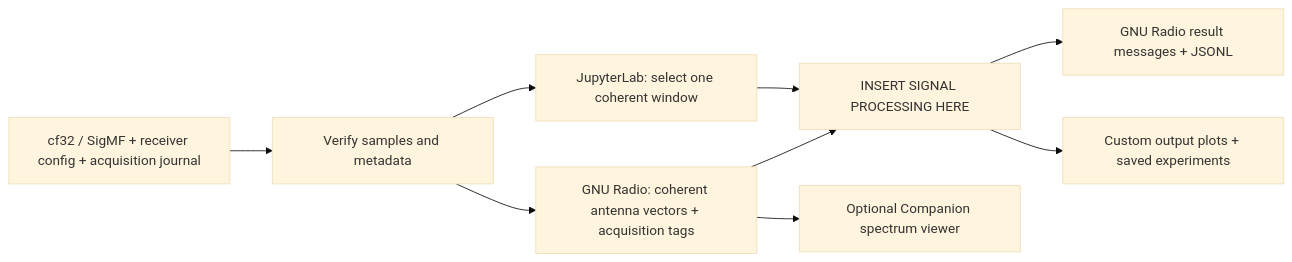
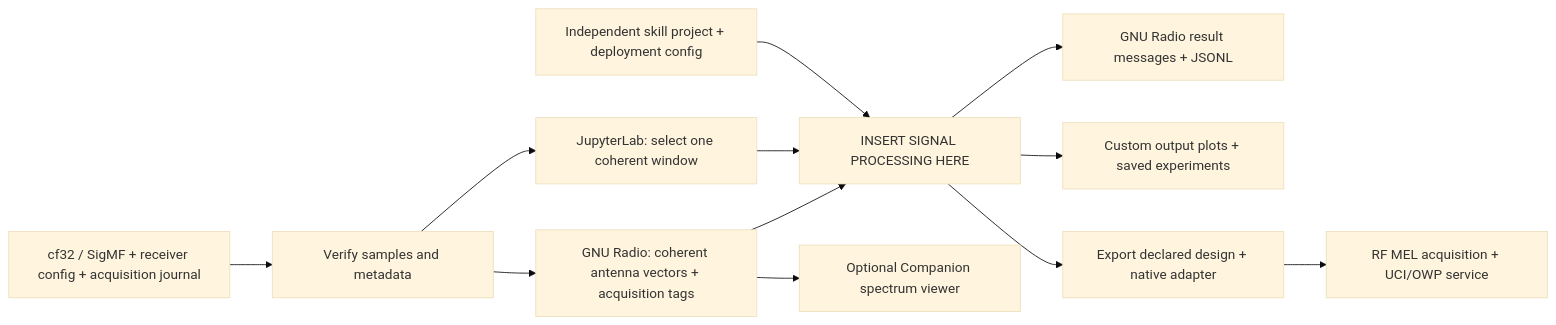
The diagram in README.md (wa200508/RF-Skill-Harness), drawn with Mermaid (base theme) before and after one commit. The commit also changed other lines of this file and 26 other files, not shown here.

Commit message:
Develop independent RF skill projects and export native AMS-GRA receive services

````diff
--- a/README.md
+++ b/README.md
@@ -8,11 +9,14 @@
 ```mermaid
 flowchart LR
   A["cf32 / SigMF + receiver config + acquisition journal"] --> B["Verify samples and metadata"]
   B --> C["GNU Radio: coherent antenna vectors + acquisition tags"]
   B --> N["JupyterLab: select one coherent window"]
   C --> D["INSERT SIGNAL PROCESSING HERE"]
   N --> D
+  S["Independent skill project + deployment config"] --> D
   D --> E["GNU Radio result messages + JSONL"]
   D --> P["Custom output plots + saved experiments"]
   C --> F["Optional Companion spectrum viewer"]
+  D --> X["Export declared design + native adapter"]
+  X --> Y["RF MEL acquisition + UCI/OWP service"]
 ```
````
